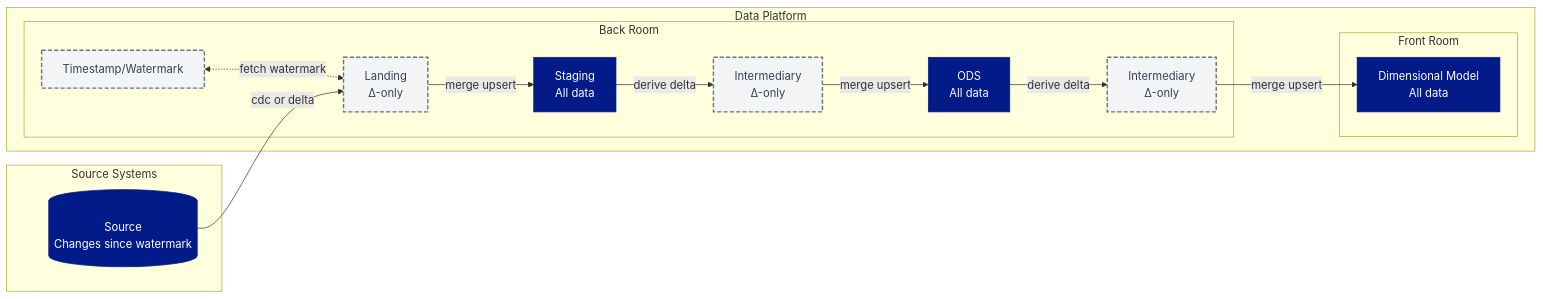
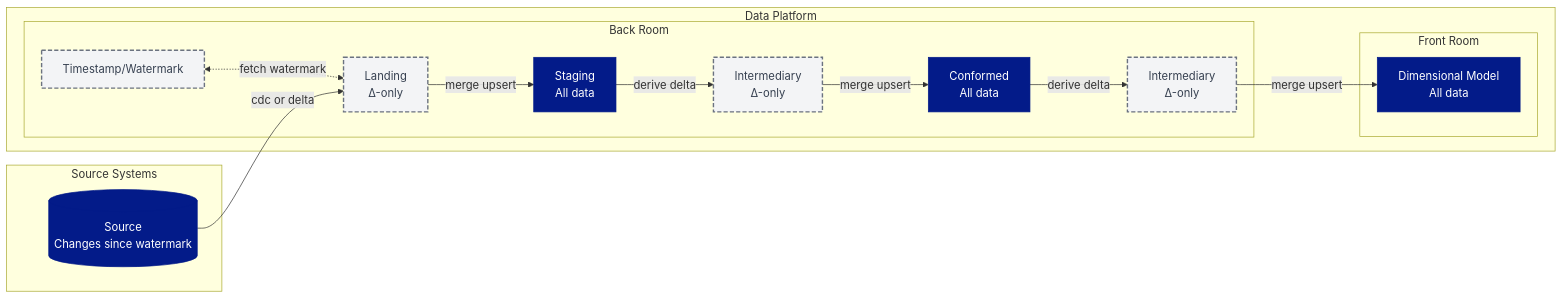
One commit to PlainsightPro/Vision-Playbook changed the second of 2 diagrams in Technical Guideline Ops/Architectural Principles/Data Sources & Data Loading.md. Above: the diagram before and after it, drawn with Mermaid. The commit also changed other lines of this file and 11 other files, not shown here.

````diff
--- a/Technical Guideline Ops/Architectural Principles/Data Sources & Data Loading.md
+++ b/Technical Guideline Ops/Architectural Principles/Data Sources & Data Loading.md
@@ -82,40 +82,40 @@
 ```mermaid
 ---
 config:
   theme: forest
   layout: elk
 ---
 %%{init: { "flowchart": { "useMaxWidth": true } }}%%
 graph LR
   subgraph Source Systems
     S[(Source<br/>Changes since watermark)]:::all
   end
 
   subgraph Data Platform
     subgraph Back Room
       L[Landing<br/>Δ-only]:::delta
       W[Timestamp/Watermark]:::delta
       B[Staging<br/>All data]:::all
       M1[Intermediary<br/>Δ-only]:::delta
-      ODS[ODS<br/>All data]:::all
+      CONF[Conformed<br/>All data]:::all
       M2[Intermediary<br/>Δ-only]:::delta
     end
     subgraph Front Room
       D[Dimensional Model<br/>All data]:::all
     end
   end
 
 %% Flows
 W <-.->|fetch watermark| L
 S -->|cdc or delta| L
 L -->|merge upsert| B
 B -->|derive delta| M1
-M1 -->|merge upsert| ODS
-ODS -->|derive delta| M2
+M1 -->|merge upsert| CONF
+CONF -->|derive delta| M2
 M2 -->|merge upsert| D
 
 
 %% Styles
 classDef delta fill:#F3F4F6,stroke:#6B7280,stroke-width:2px,stroke-dasharray:6 3,color:#374151;
 classDef all fill:#031B89,stroke:#031B89,stroke-width:1px,color:#FFFFFF;
 ```
````
